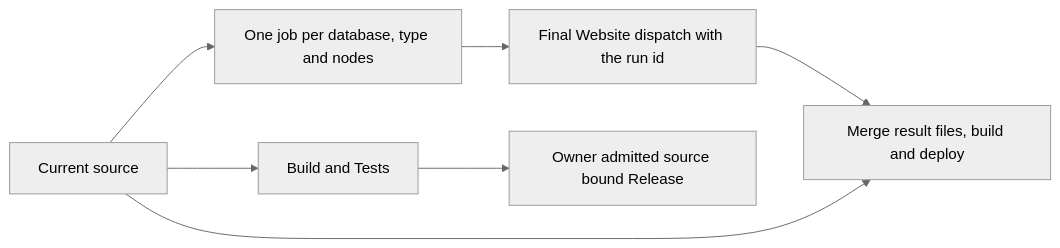
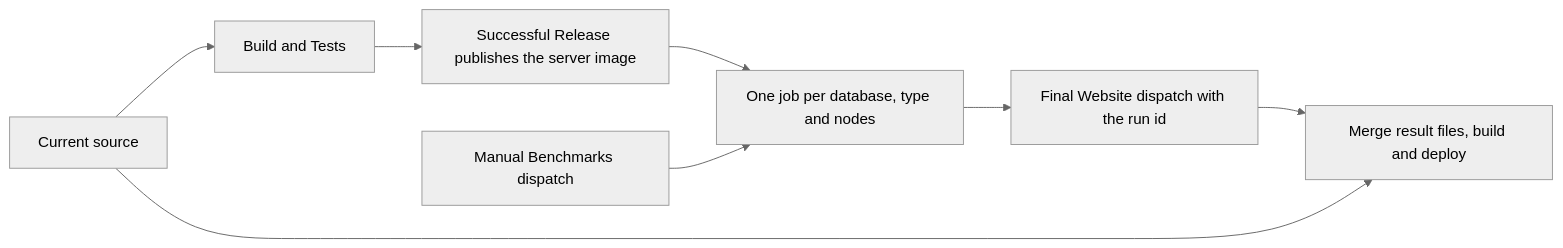
The diagram in docs/ADR/ADR-062-workflow-separation.md (managedcode/KeyLoad), drawn with Mermaid (neutral theme) before and after one commit. The commit also changed 5 other files, not shown here.

First line of the commit message:
ci: run benchmarks after successful release

````diff
--- a/docs/ADR/ADR-062-workflow-separation.md
+++ b/docs/ADR/ADR-062-workflow-separation.md
@@ -21,9 +21,10 @@
 ```mermaid
 flowchart LR
     Source[Current source] --> Tests[Build and Tests]
-    Source --> Benchmarks[One job per database, type and nodes]
+    Release --> Benchmarks[One job per database, type and nodes]
+    Manual[Manual Benchmarks dispatch] --> Benchmarks
     Benchmarks --> Trigger[Final Website dispatch with the run id]
     Trigger --> Website[Merge result files, build and deploy]
     Source --> Website
-    Tests --> Release[Owner admitted source bound Release]
+    Tests --> Release[Successful Release publishes the server image]
 ```
````
